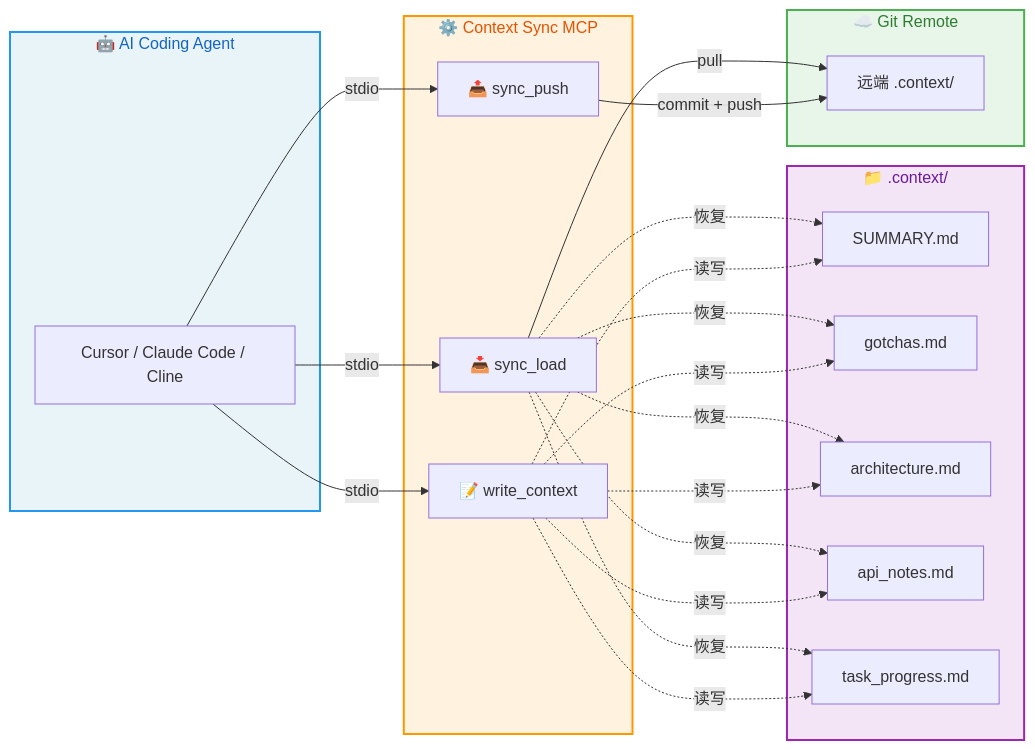
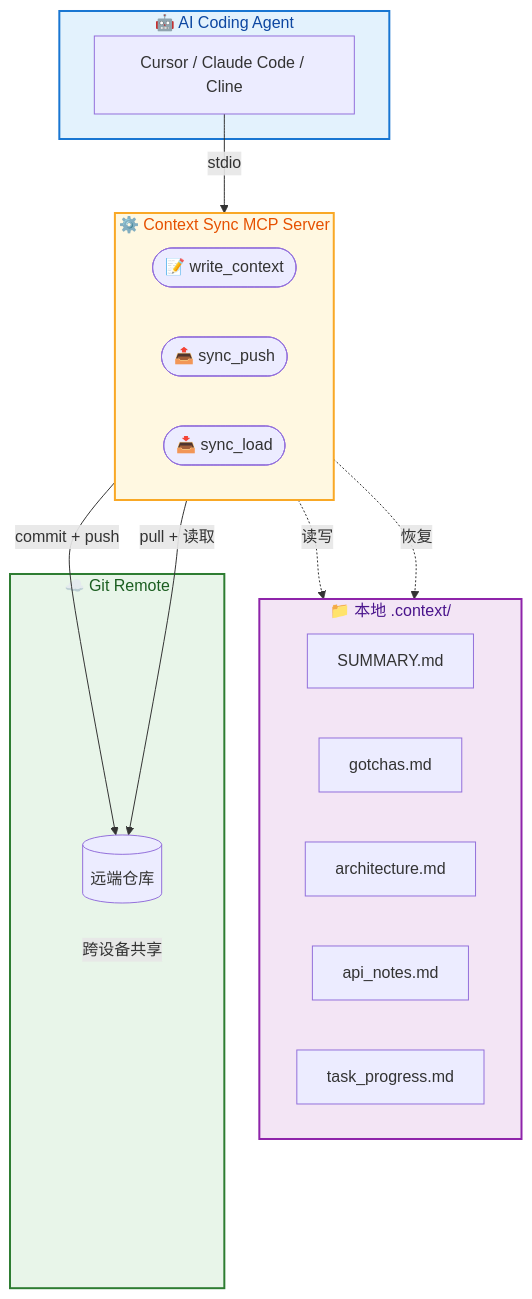
Before and after one commit to 1EchA/context-sync-mcp: the first of 2 diagrams in README.md, drawn with Mermaid.

Commit message:
style: simplify architecture diagram for GitHub mermaid compatibility

````diff
--- a/README.md
+++ b/README.md
@@ -56,35 +56,38 @@
 ```mermaid
-graph LR
+flowchart TB
     subgraph Agent ["🤖 AI Coding Agent"]
         A["Cursor / Claude Code / Cline"]
     end
 
-    subgraph Server ["⚙️ Context Sync MCP"]
-        W["📝 write_context"]
-        P["📤 sync_push"]
-        L["📥 sync_load"]
+    subgraph Server ["⚙️ Context Sync MCP Server"]
+        direction LR
+        W(["📝 write_context"])
+        P(["📤 sync_push"])
+        L(["📥 sync_load"])
     end
 
-    subgraph Files ["📁 .context/"]
+    subgraph Files ["📁 本地 .context/"]
+        direction LR
         F1["SUMMARY.md"]
         F2["gotchas.md"]
         F3["architecture.md"]
         F4["api_notes.md"]
         F5["task_progress.md"]
     end
 
     subgraph Git ["☁️ Git Remote"]
-        R["远端 .context/"]
+        R[("远端仓库")]
     end
 
-    A -- "stdio" --> W & P & L
-    W -. "读写" .-> F1 & F2 & F3 & F4 & F5
+    A -- "stdio" --> Server
+    W -. "读写" .-> Files
     P -- "commit + push" --> R
-    L -- "pull" --> R
-    L -. "恢复" .-> F1 & F2 & F3 & F4 & F5
+    L -- "pull + 读取" --> R
+    L -. "恢复" .-> Files
+    R ~~~ |"跨设备共享"| R
 
-    style Agent fill:#e8f4f8,stroke:#2196F3,stroke-width:2px,color:#1565C0
-    style Server fill:#fff3e0,stroke:#FF9800,stroke-width:2px,color:#E65100
-    style Files fill:#f3e5f5,stroke:#9C27B0,stroke-width:2px,color:#6A1B9A
-    style Git fill:#e8f5e9,stroke:#4CAF50,stroke-width:2px,color:#2E7D32
+    style Agent fill:#e3f2fd,stroke:#1976D2,stroke-width:2px,color:#0D47A1
+    style Server fill:#fff8e1,stroke:#F9A825,stroke-width:2px,color:#E65100
+    style Files fill:#f3e5f5,stroke:#8E24AA,stroke-width:2px,color:#4A148C
+    style Git fill:#e8f5e9,stroke:#2E7D32,stroke-width:2px,color:#1B5E20
 ```
````
